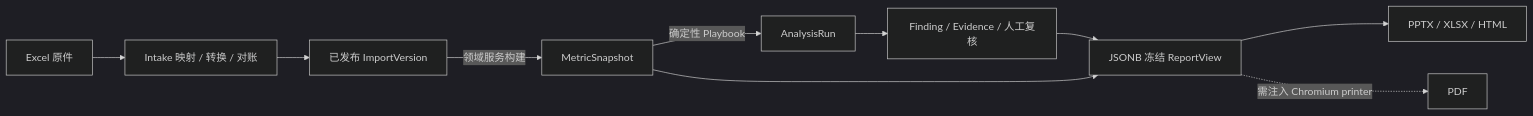
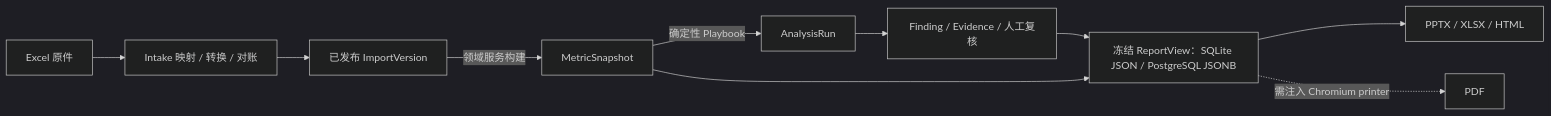
One commit to davyzhong/FLOW changed the second of 2 diagrams in docs/architecture/flow-v1-runtime.md. Above: the diagram before and after it, drawn with Mermaid (dark theme). The commit also changed other lines of this file and 7 other files, not shown here.

````diff
--- a/docs/architecture/flow-v1-runtime.md
+++ b/docs/architecture/flow-v1-runtime.md
@@ -50,12 +50,12 @@
 ```mermaid
 flowchart LR
   X[Excel 原件] --> I[Intake 映射 / 转换 / 对账]
   I --> C[已发布 ImportVersion]
   C -->|领域服务构建| M[MetricSnapshot]
   M -->|确定性 Playbook| A[AnalysisRun]
   A --> V[Finding / Evidence / 人工复核]
-  V --> F[JSONB 冻结 ReportView]
+  V --> F[冻结 ReportView：SQLite JSON / PostgreSQL JSONB]
   M --> F
   F --> P[PPTX / XLSX / HTML]
   F -.需注入 Chromium printer.-> PDF[PDF]
 ```
````
